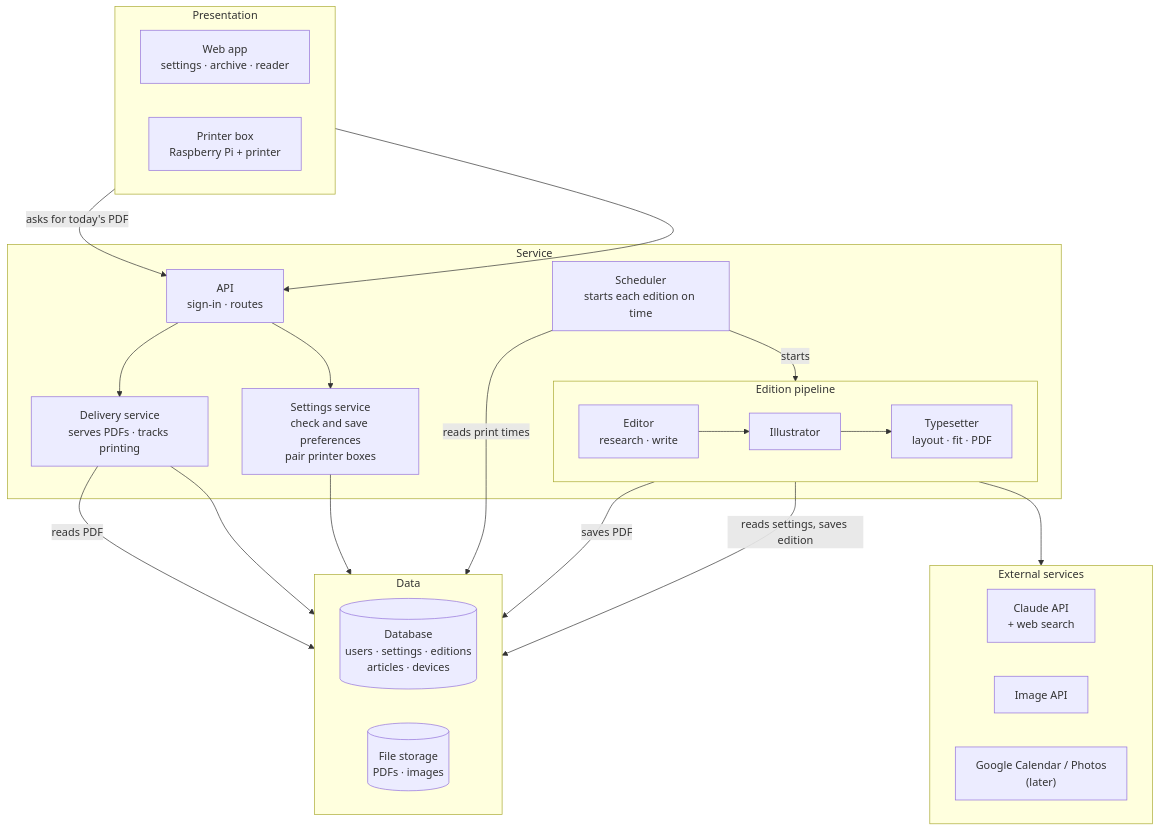
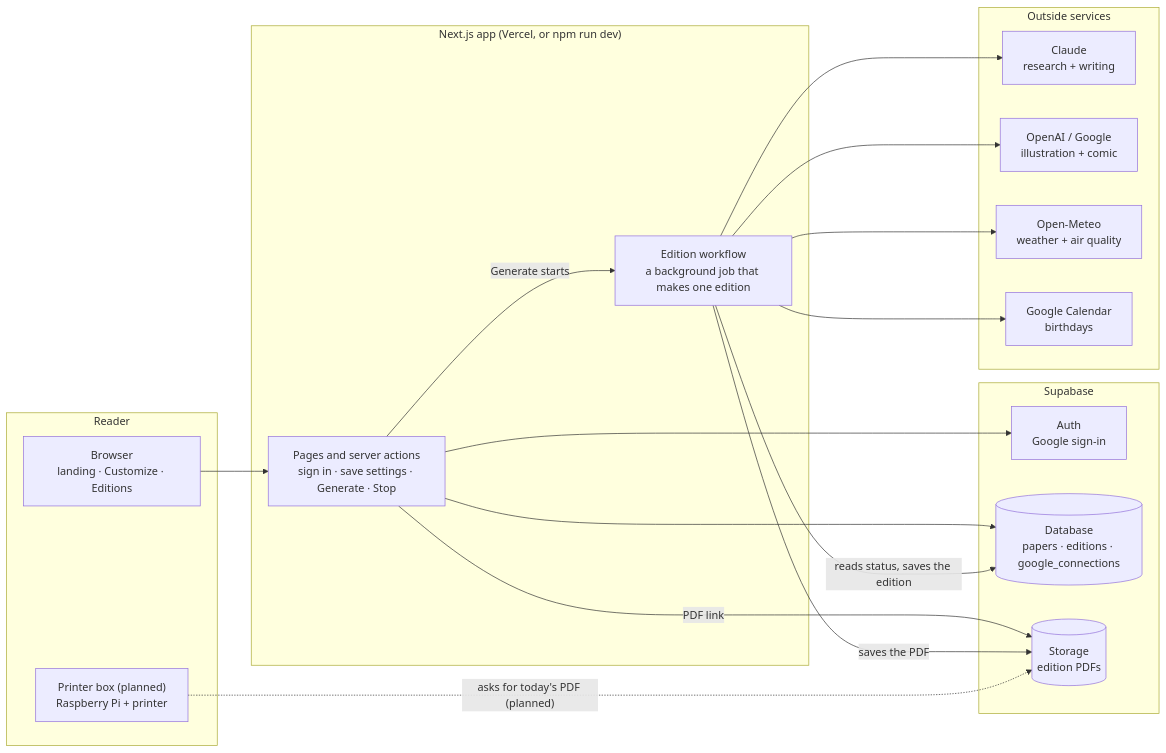
One commit to chieri518/daily-print changed the first of 3 diagrams in docs/ARCHITECTURE.md. Above: the diagram before and after it, drawn with Mermaid. The commit also changed other lines of this file and 21 other files, not shown here.

Commit message:
Architecture revised + stop feature added

````diff
--- a/docs/ARCHITECTURE.md
+++ b/docs/ARCHITECTURE.md
@@ -3,44 +7,35 @@
 ```mermaid
-flowchart TB
-  subgraph P["Presentation"]
-    direction LR
-    WEB["Web app<br/>settings · archive · reader"]
-    BOX["Printer box<br/>Raspberry Pi + printer"]
+flowchart LR
+  subgraph You["Reader"]
+    BROWSER["Browser<br/>landing · Customize · Editions"]
+    BOX["Printer box (planned)<br/>Raspberry Pi + printer"]
   end
 
-  subgraph S["Service"]
-    API["API<br/>sign-in · routes"]
-    SET["Settings service<br/>check and save preferences<br/>pair printer boxes"]
-    DEL["Delivery service<br/>serves PDFs · tracks printing"]
-    SCH["Scheduler<br/>starts each edition on time"]
-    subgraph PIPE["Edition pipeline"]
-      direction LR
-      ED["Editor<br/>research · write"] --> ILL["Illustrator"] --> TYPE["Typesetter<br/>layout · fit · PDF"]
-    end
+  subgraph App["Next.js app (Vercel, or npm run dev)"]
+    PAGES["Pages and server actions<br/>sign in · save settings · Generate · Stop"]
+    WF["Edition workflow<br/>a background job that makes one edition"]
   end
 
-  subgraph D["Data"]
-    direction LR
-    DB[("Database<br/>users · settings · editions<br/>articles · devices")]
-    FILES[("File storage<br/>PDFs · images")]
+  subgraph Supabase
+    AUTH["Auth<br/>Google sign-in"]
+    DB[("Database<br/>papers · editions · google_connections")]
+    FILES[("Storage<br/>edition PDFs")]
   end
 
-  subgraph X["External services"]
-    CLAUDE["Claude API<br/>+ web search"]
-    IMG["Image API"]
-    GOOG["Google Calendar / Photos<br/>(later)"]
+  subgraph Outside["Outside services"]
+    CLAUDE["Claude<br/>research + writing"]
+    IMG["OpenAI / Google<br/>illustration + comic"]
+    METEO["Open-Meteo<br/>weather + air quality"]
+    GCAL["Google Calendar<br/>birthdays"]
   end
 
-  WEB --> API
-  BOX -- "asks for today's PDF" --> API
-  API --> SET
-  API --> DEL
-  SCH -- "starts" --> PIPE
-  SET --> DB
-  SCH -- "reads print times" --> DB
-  PIPE -- "reads settings, saves edition" --> DB
-  PIPE -- "saves PDF" --> FILES
-  DEL --> DB
-  DEL -- "reads PDF" --> FILES
-  PIPE --> X
+  BROWSER --> PAGES
+  PAGES --> AUTH
+  PAGES --> DB
+  PAGES -- "Generate starts" --> WF
+  PAGES -- "PDF link" --> FILES
+  WF -- "reads status, saves the edition" --> DB
+  WF -- "saves the PDF" --> FILES
+  WF --> CLAUDE & IMG & METEO & GCAL
+  BOX -. "asks for today's PDF (planned)" .-> FILES
 ```
````
